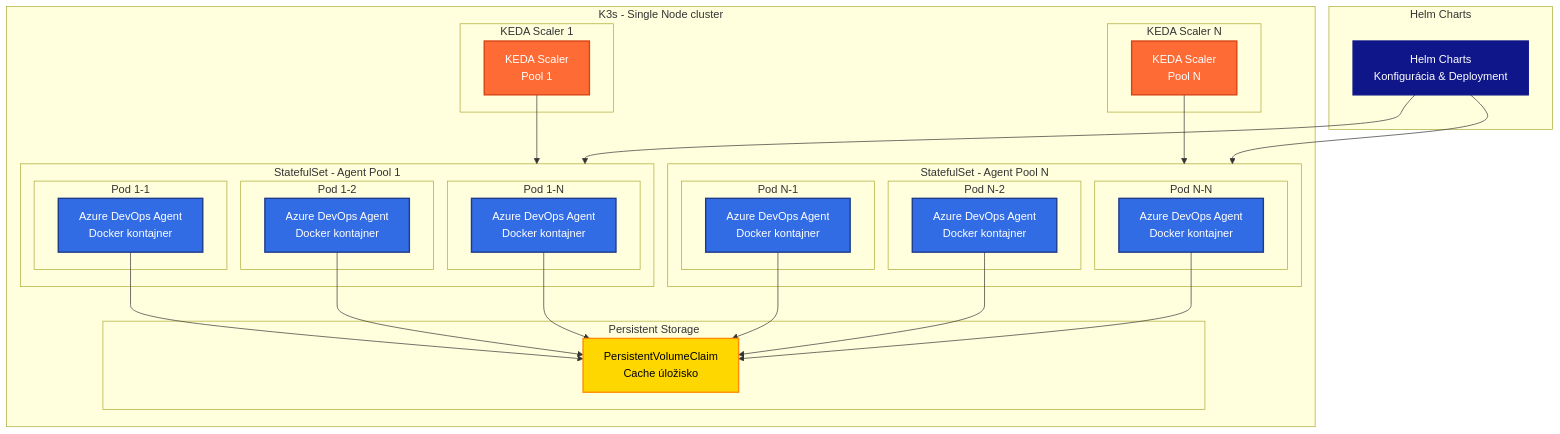
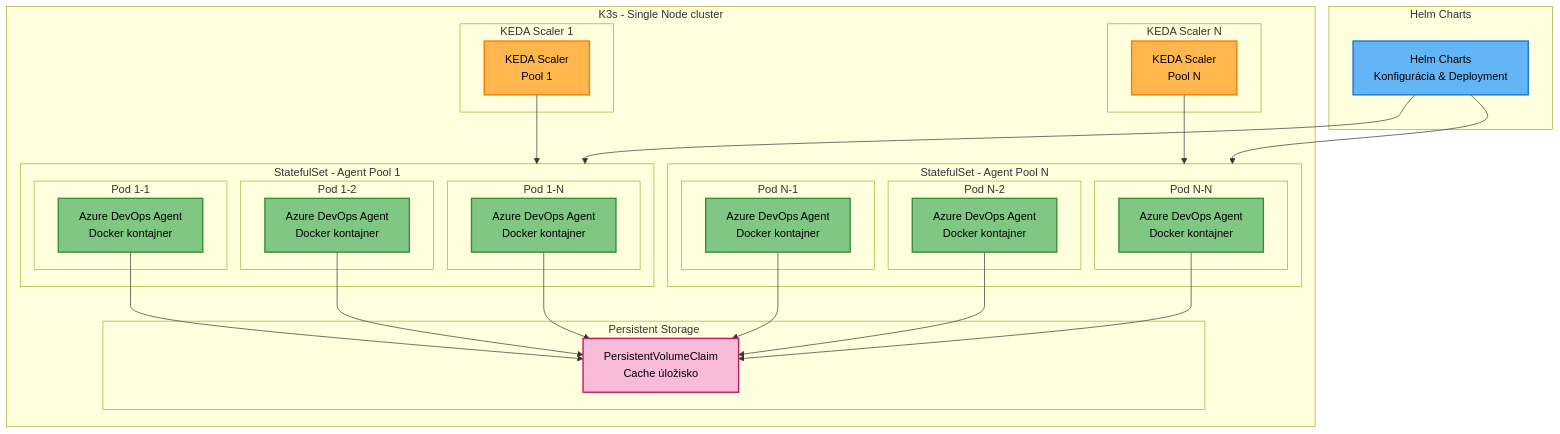
Before and after one commit to motycak/kros-sk.github.io: the first of 2 diagrams in linuxmachine/user-documentation.md, drawn with Mermaid.

````diff
--- a/linuxmachine/user-documentation.md
+++ b/linuxmachine/user-documentation.md
@@ -39,69 +39,69 @@
 ```mermaid
 graph TB
     subgraph "K3s - Single Node cluster"
         subgraph "KEDA Scaler 1"
             KEDA_SCALER1[KEDA Scaler<br/>Pool 1]
         end
         
         subgraph "KEDA Scaler N"
             KEDA_SCALERN[KEDA Scaler<br/>Pool N]
         end
         
         subgraph STATEFULSET_POOL1["StatefulSet - Agent Pool 1"]
             subgraph "Pod 1-1"
                 AGENT1_1[Azure DevOps Agent<br/>Docker kontajner]
             end
             subgraph "Pod 1-2"
                 AGENT1_2[Azure DevOps Agent<br/>Docker kontajner]
             end
             subgraph "Pod 1-N"
                 AGENT1_N[Azure DevOps Agent<br/>Docker kontajner]
             end
         end
         
         subgraph STATEFULSET_POOLN["StatefulSet - Agent Pool N"]
             subgraph "Pod N-1"
                 AGENTN_1[Azure DevOps Agent<br/>Docker kontajner]
             end
             subgraph "Pod N-2"
                 AGENTN_2[Azure DevOps Agent<br/>Docker kontajner]
             end
             subgraph "Pod N-N"
                 AGENTN_N[Azure DevOps Agent<br/>Docker kontajner]
             end
         end
         
         subgraph "Persistent Storage"
             PVC[PersistentVolumeClaim<br/>Cache úložisko]
         end
     end
     
     subgraph "Helm Charts"
         HELM[Helm Charts<br/>Konfigurácia & Deployment]
     end
     
     %% Connections
     KEDA_SCALER1 --> STATEFULSET_POOL1
     KEDA_SCALERN --> STATEFULSET_POOLN
     
     HELM --> STATEFULSET_POOL1
     HELM --> STATEFULSET_POOLN
     
     AGENT1_1 --> PVC
     AGENT1_2 --> PVC
     AGENT1_N --> PVC
     AGENTN_1 --> PVC
     AGENTN_2 --> PVC
     AGENTN_N --> PVC
     
     %% Styling
-    classDef keda fill:#ff6b35,stroke:#d84315,stroke-width:2px,color:#fff
-    classDef k8s fill:#326ce5,stroke:#1e3a8a,stroke-width:2px,color:#fff
-    classDef helm fill:#0f1689,stroke:#0f1689,stroke-width:2px,color:#fff
-    classDef storage fill:#ffd700,stroke:#ff8c00,stroke-width:2px,color:#000
+    classDef keda fill:#ffb74d,stroke:#f57c00,stroke-width:2px,color:#000
+    classDef k8s fill:#81c784,stroke:#388e3c,stroke-width:2px,color:#000
+    classDef helm fill:#64b5f6,stroke:#1976d2,stroke-width:2px,color:#000
+    classDef storage fill:#f8bbd9,stroke:#c2185b,stroke-width:2px,color:#000
     
     class KEDA_SCALER1,KEDA_SCALERN keda
     class AGENT1_1,AGENT1_2,AGENT1_N,AGENTN_1,AGENTN_2,AGENTN_N k8s
     class HELM helm
     class PVC storage
 ```
````
